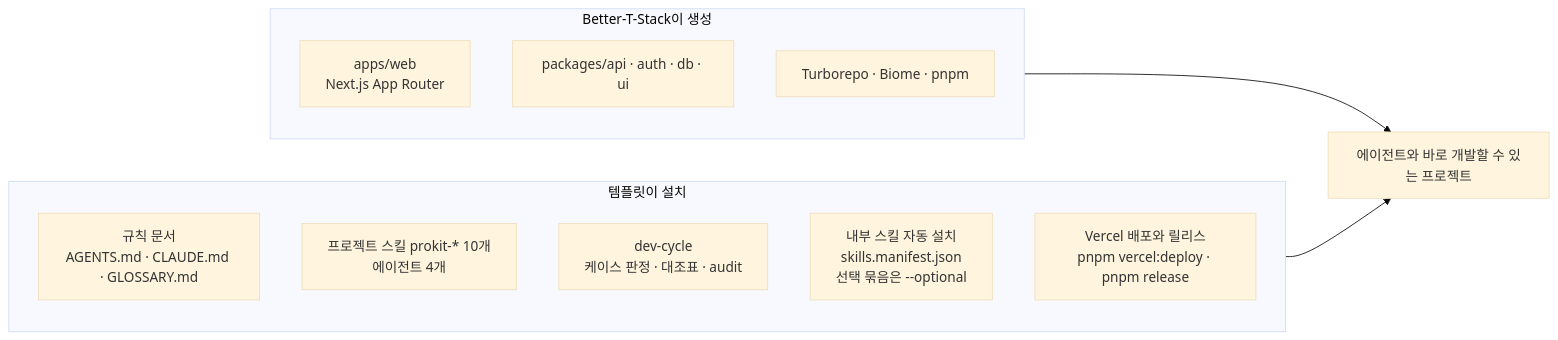
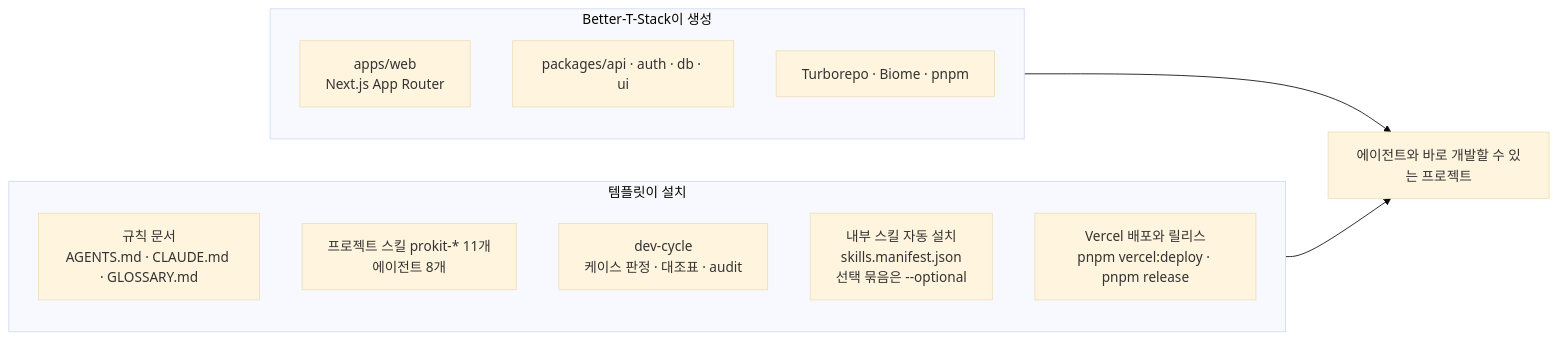
One commit to roadkwon-ai/pro-kit changed the diagram in handbook/templates/what-it-adds.md. Above: the diagram before and after it, drawn with Mermaid (base theme). The commit also changed other lines of this file and 112 other files, not shown here.

````diff
--- a/handbook/templates/what-it-adds.md
+++ b/handbook/templates/what-it-adds.md
@@ -9,19 +9,19 @@
 ```mermaid
 flowchart LR
   subgraph BTS["Better-T-Stack이 생성"]
     direction TB
     B1["apps/web<br/>Next.js App Router"]
     B2["packages/api · auth · db · ui"]
     B3["Turborepo · Biome · pnpm"]
   end
   subgraph TPL["템플릿이 설치"]
     direction TB
     T1["규칙 문서<br/>AGENTS.md · CLAUDE.md · GLOSSARY.md"]
-    T2["프로젝트 스킬 prokit-* 10개<br/>에이전트 4개"]
+    T2["프로젝트 스킬 prokit-* 11개<br/>에이전트 8개"]
     T3["dev-cycle<br/>케이스 판정 · 대조표 · audit"]
     T4["내부 스킬 자동 설치<br/>skills.manifest.json<br/>선택 묶음은 --optional"]
     T5["Vercel 배포와 릴리스<br/>pnpm vercel:deploy · pnpm release"]
   end
   BTS --> APP["에이전트와 바로 개발할 수 있는 프로젝트"]
   TPL --> APP
 ```
````
